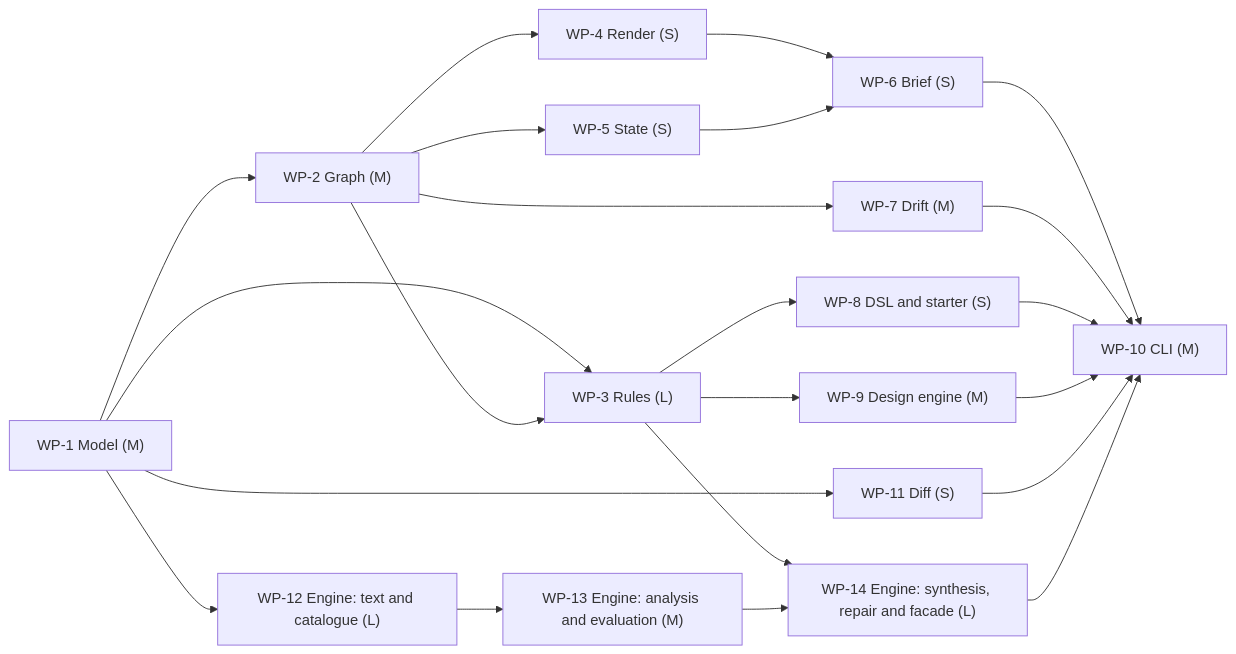
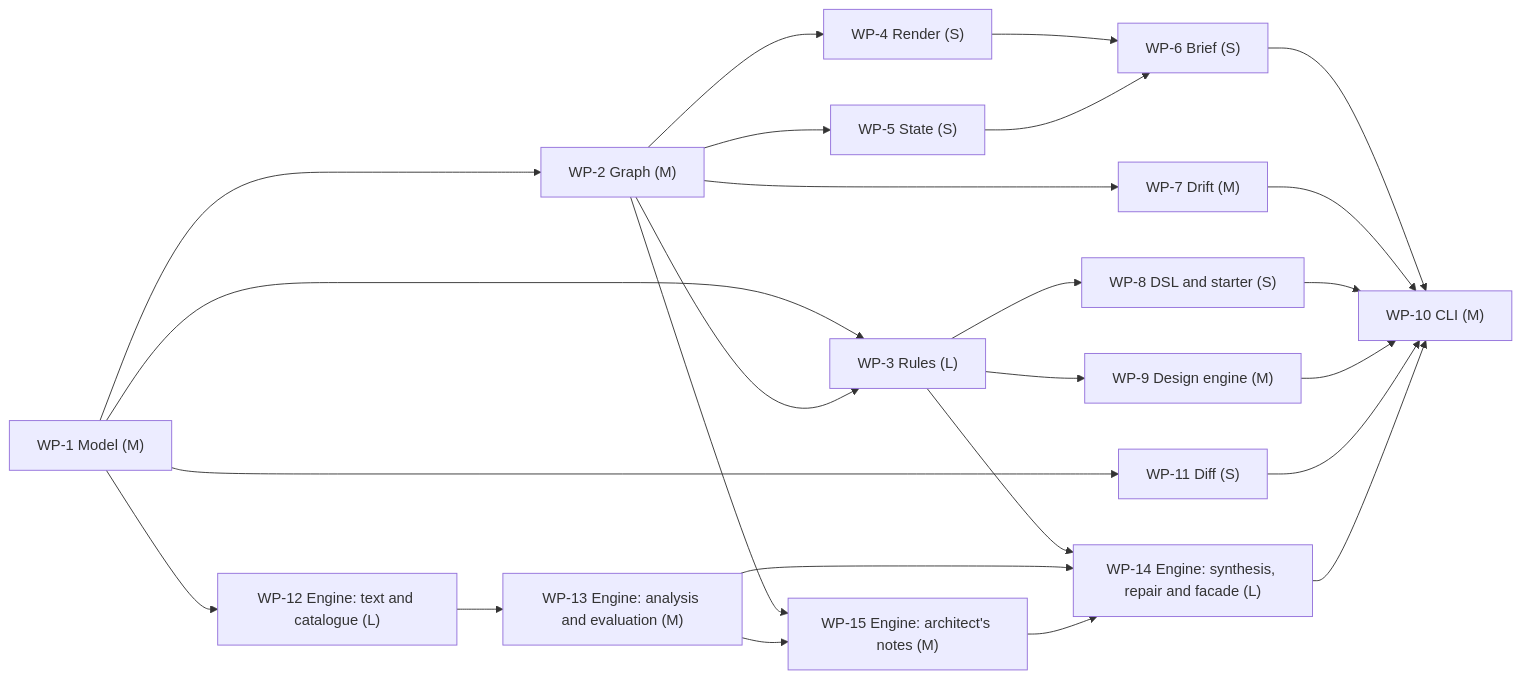
The eighth of 8 diagrams in examples/self/DESIGN.md (yui9696/sekkei), drawn with Mermaid before and after one commit. The commit also changed other lines of this file and 24 other files, not shown here.

First line of the commit message:
Architect's notes: open questions, capacity, effort, threat model; requirements template and guide

````diff
--- a/examples/self/DESIGN.md
+++ b/examples/self/DESIGN.md
@@ -709,38 +883,42 @@
 ```mermaid
 graph LR
   WP_1["WP-1 Model (M)"]
   WP_2["WP-2 Graph (M)"]
   WP_3["WP-3 Rules (L)"]
   WP_4["WP-4 Render (S)"]
   WP_5["WP-5 State (S)"]
   WP_6["WP-6 Brief (S)"]
   WP_7["WP-7 Drift (M)"]
   WP_8["WP-8 DSL and starter (S)"]
   WP_9["WP-9 Design engine (M)"]
   WP_12["WP-12 Engine: text and catalogue (L)"]
   WP_13["WP-13 Engine: analysis and evaluation (M)"]
+  WP_15["WP-15 Engine: architect's notes (M)"]
   WP_14["WP-14 Engine: synthesis, repair and facade (L)"]
   WP_11["WP-11 Diff (S)"]
   WP_10["WP-10 CLI (M)"]
   WP_1 --> WP_2
   WP_1 --> WP_3
   WP_2 --> WP_3
   WP_2 --> WP_4
   WP_2 --> WP_5
   WP_4 --> WP_6
   WP_5 --> WP_6
   WP_2 --> WP_7
   WP_3 --> WP_8
   WP_3 --> WP_9
   WP_1 --> WP_12
   WP_12 --> WP_13
+  WP_2 --> WP_15
+  WP_13 --> WP_15
   WP_3 --> WP_14
   WP_13 --> WP_14
+  WP_15 --> WP_14
   WP_1 --> WP_11
   WP_6 --> WP_10
   WP_7 --> WP_10
   WP_8 --> WP_10
   WP_9 --> WP_10
   WP_11 --> WP_10
   WP_14 --> WP_10
 ```
````
